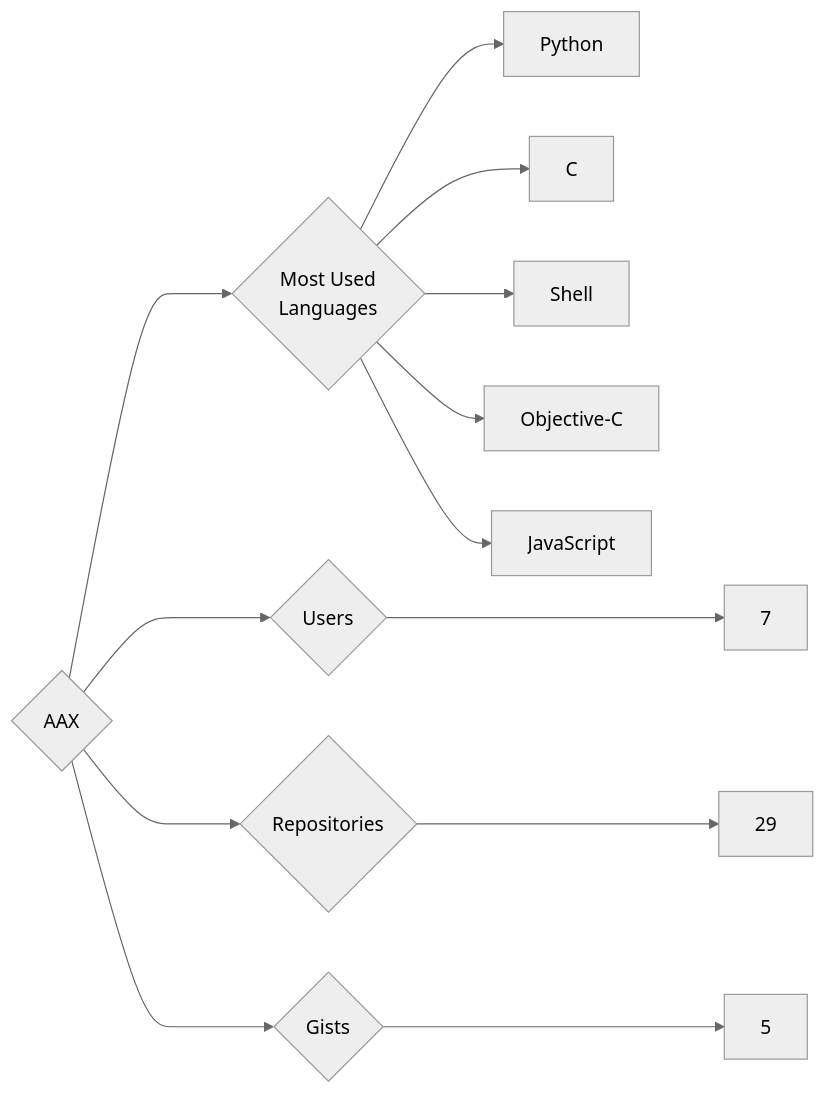
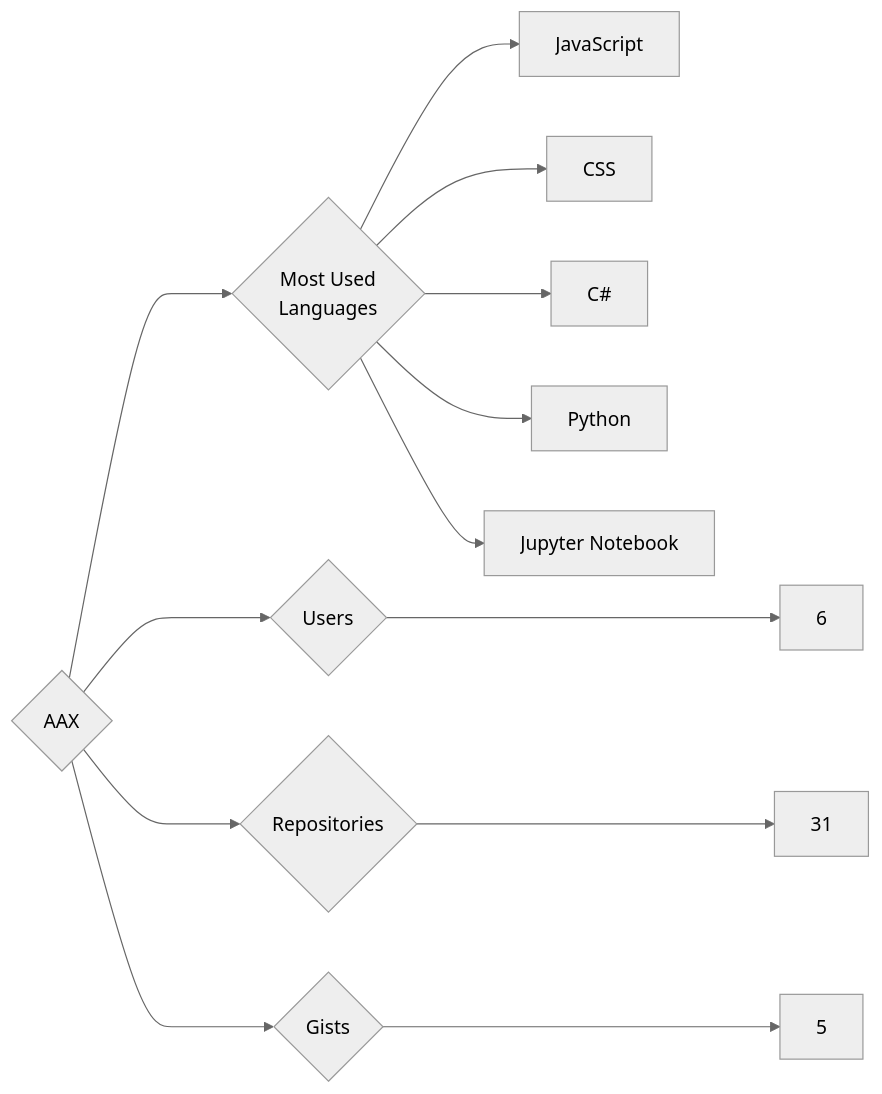
Before and after one commit to trickest/insiders: the diagram in targets/AAX/README.md, drawn with Mermaid (neutral theme). The commit also changed 840 other files, not shown here.

````diff
--- a/targets/AAX/README.md
+++ b/targets/AAX/README.md
@@ -3,13 +3,13 @@
 ```mermaid
 graph LR
 COMPANY_NAME{AAX}
-COMPANY_NAME ---> U{Users} ---> UN[7]
-COMPANY_NAME ---> R{Repositories} ---> RN[29]
+COMPANY_NAME ---> U{Users} ---> UN[6]
+COMPANY_NAME ---> R{Repositories} ---> RN[31]
 COMPANY_NAME ---> G{Gists} ---> GN[5]
 COMPANY_NAME ---> ML{Most Used<br>Languages}
+ML --> JavaScript[JavaScript]
+ML --> CSS[CSS]
+ML --> C#[C#]
 ML --> Python[Python]
-ML --> C[C]
-ML --> Shell[Shell]
-ML --> Objective-C[Objective-C]
-ML --> JavaScript[JavaScript]
+ML --> Jupyter_Notebook[Jupyter Notebook]
 ```
````
